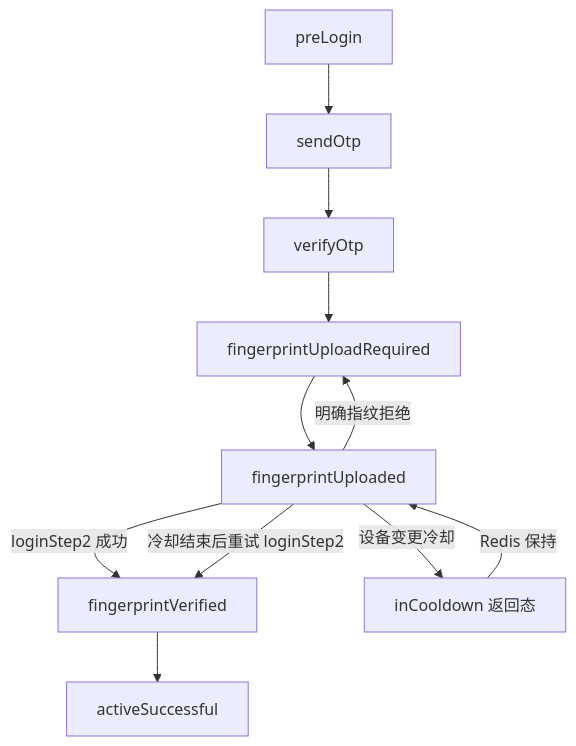
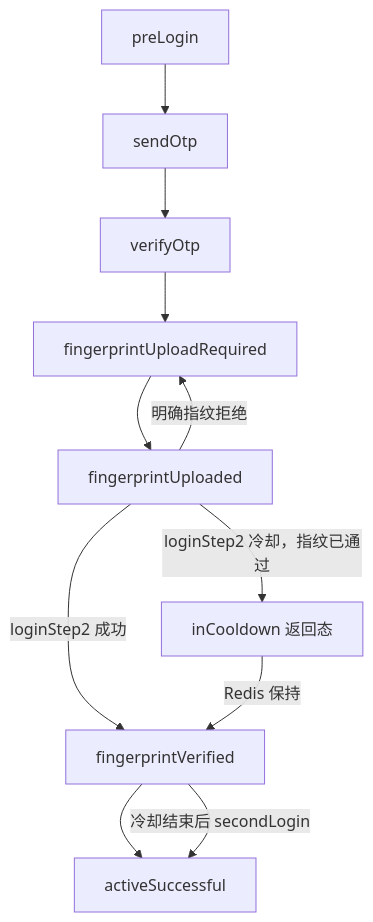
One commit to wuz241625-ctrl/pk_project_k8s changed the diagram in docs/superpowers/specs/2026-04-28-jcb-cooldown-flow-design.md. Above: the diagram before and after it, drawn with Mermaid. The commit also changed other lines of this file and 7 other files, not shown here.

````diff
--- a/docs/superpowers/specs/2026-04-28-jcb-cooldown-flow-design.md
+++ b/docs/superpowers/specs/2026-04-28-jcb-cooldown-flow-design.md
@@ -52,13 +52,13 @@
 ```mermaid
 flowchart TD
   A["preLogin"] --> B["sendOtp"]
   B --> C["verifyOtp"]
   C --> D["fingerprintUploadRequired"]
   D --> E["fingerprintUploaded"]
   E -->|loginStep2 成功| F["fingerprintVerified"]
   F --> G["activeSuccessful"]
-  E -->|设备变更冷却| H["inCooldown 返回态"]
-  H -->|Redis 保持| E
-  E -->|冷却结束后重试 loginStep2| F
+  E -->|loginStep2 冷却，指纹已通过| H["inCooldown 返回态"]
+  H -->|Redis 保持| F
+  F -->|冷却结束后 secondLogin| G
   E -->|明确指纹拒绝| D
 ```
````
